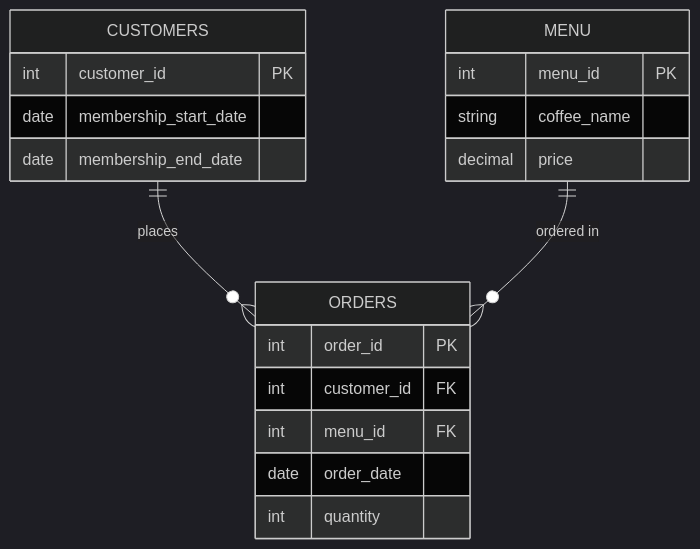
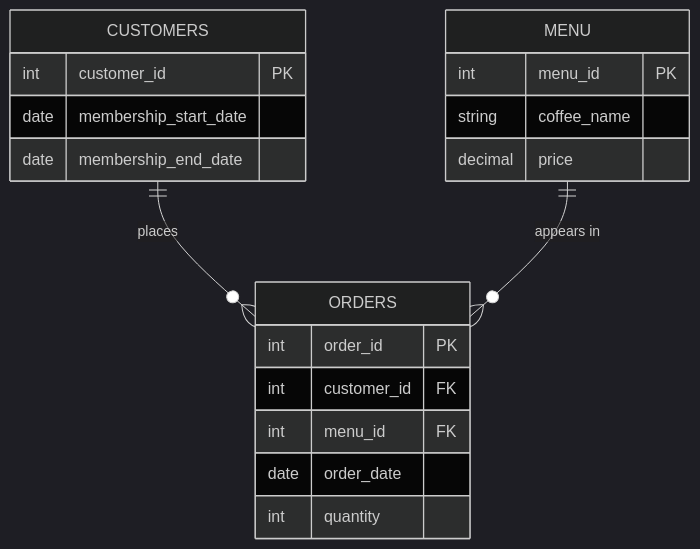
Before and after one commit to katiehuangx/Data-With-Katie: the diagram in ems-coffee-sql-case-study/README.md, drawn with Mermaid (dark theme). The commit also changed other lines of this file and 1 other file, not shown here.

````diff
--- a/ems-coffee-sql-case-study/README.md
+++ b/ems-coffee-sql-case-study/README.md
@@ -20,23 +20,23 @@
 ```mermaid
 erDiagram
     CUSTOMERS ||--o{ ORDERS : places
-    MENU ||--o{ ORDERS : "ordered in"
+    MENU ||--o{ ORDERS : "appears in"
 
     CUSTOMERS {
         int customer_id PK
         date membership_start_date
         date membership_end_date
     }
     MENU {
         int menu_id PK
         string coffee_name
         decimal price
     }
     ORDERS {
         int order_id PK
         int customer_id FK
         int menu_id FK
         date order_date
         int quantity
     }
 ```
````
